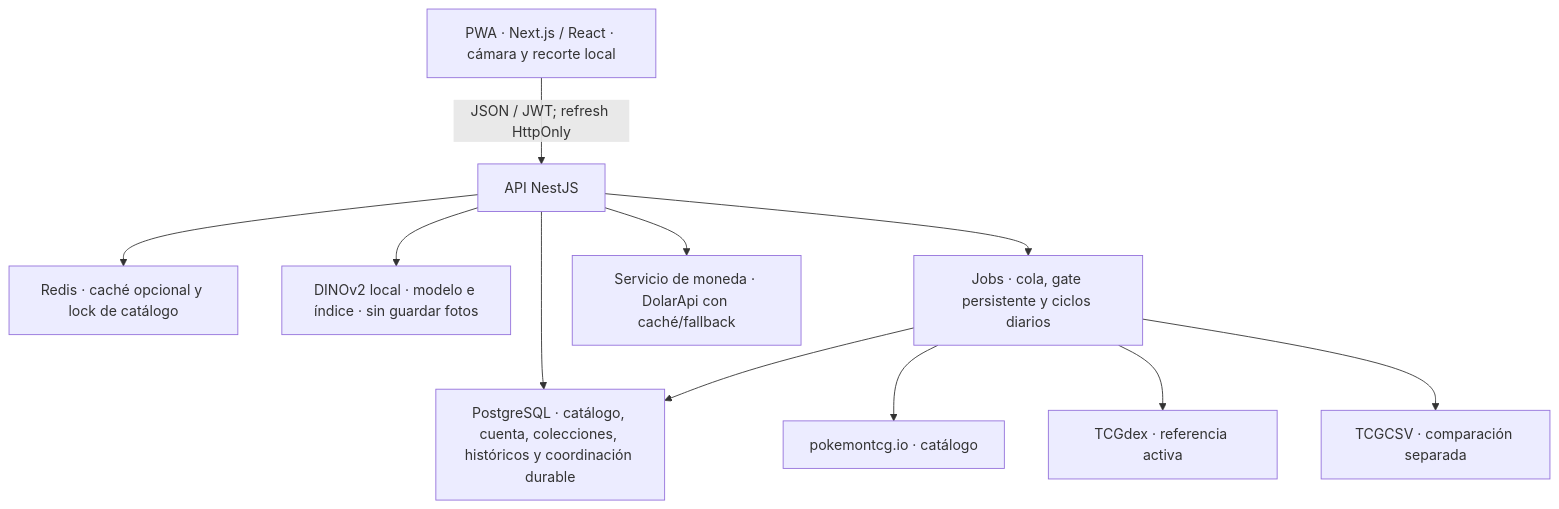
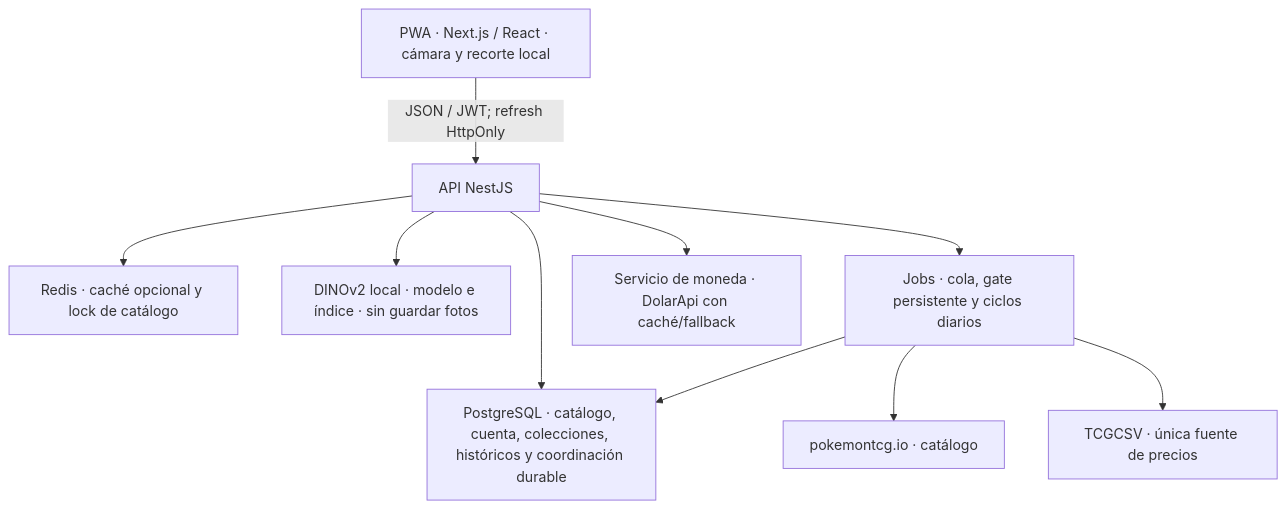
One commit to yalcalarico/poke-scan changed the diagram in docs/architecture.md. Above: the diagram before and after it, drawn with Mermaid. The commit also changed other lines of this file and 96 other files, not shown here.

Commit message:
feat: consolida precios TCGCSV, cobertura y recuperación de grupos

````diff
--- a/docs/architecture.md
+++ b/docs/architecture.md
@@ -7,13 +7,12 @@
 ```mermaid
 flowchart TD
   PWA["PWA · Next.js / React · cámara y recorte local"] -->|"JSON / JWT; refresh HttpOnly"| API["API NestJS"]
   API --> PG["PostgreSQL · catálogo, cuenta, colecciones, históricos y coordinación durable"]
   API --> REDIS["Redis · caché opcional y lock de catálogo"]
   API --> DINO["DINOv2 local · modelo e índice · sin guardar fotos"]
   API --> JOBS["Jobs · cola, gate persistente y ciclos diarios"]
   JOBS --> PG
   JOBS --> CATALOG["pokemontcg.io · catálogo"]
-  JOBS --> PRICES["TCGdex · referencia activa"]
-  JOBS --> CSV["TCGCSV · comparación separada"]
+  JOBS --> CSV["TCGCSV · única fuente de precios"]
   API --> CURRENCY["Servicio de moneda · DolarApi con caché/fallback"]
 ```
````
